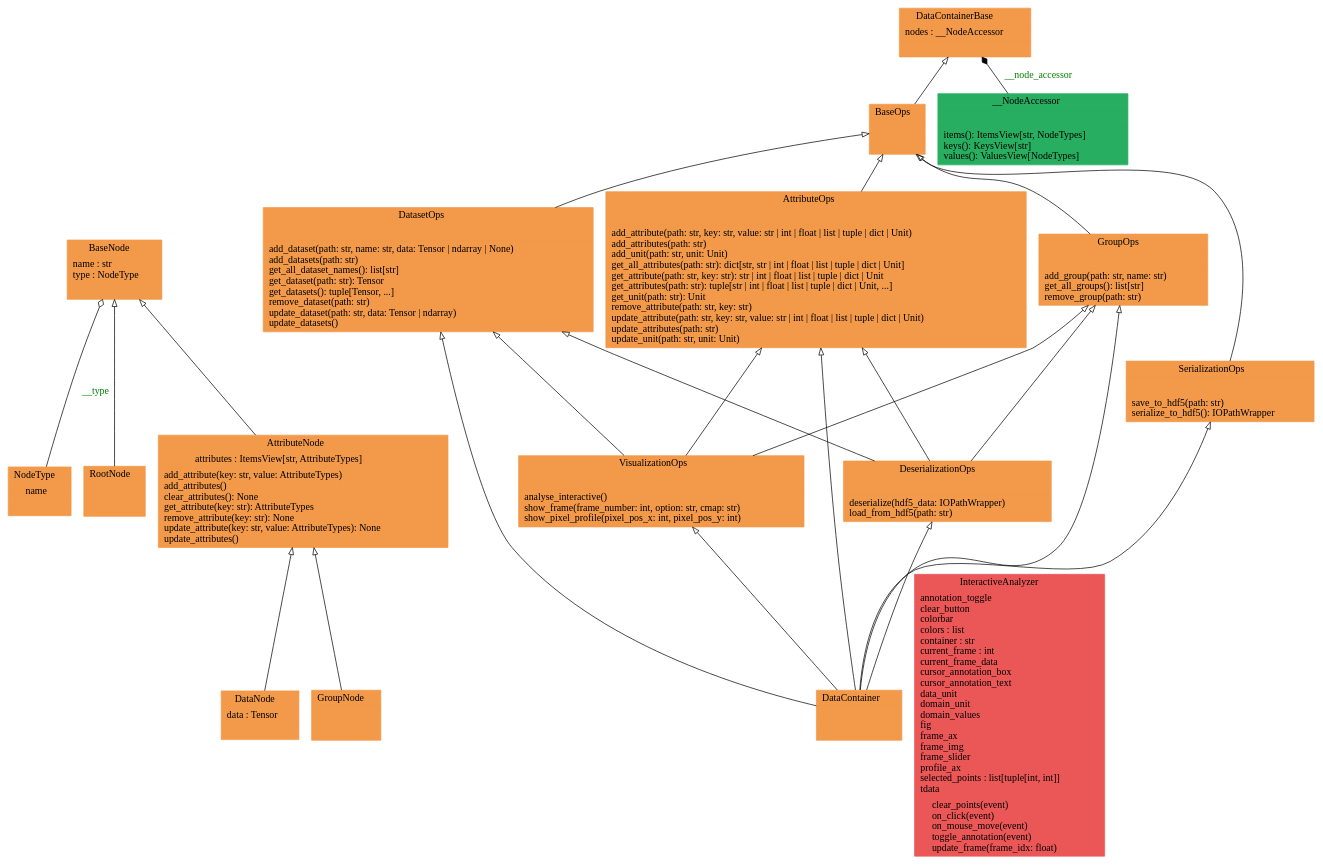
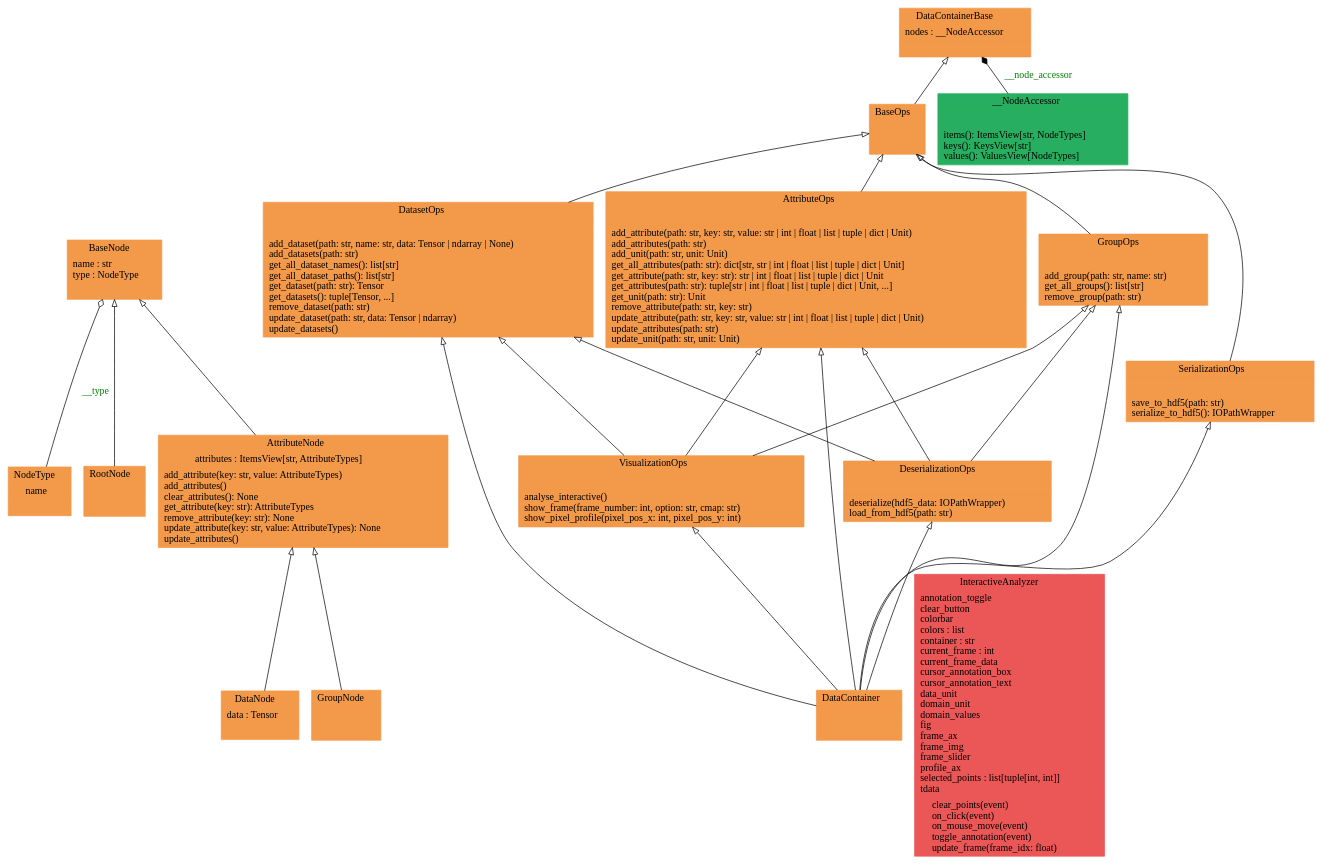
Before and after one commit to voidsy-gmbh/pyThermoNDT: the diagram in docs/pyreverse/graphviz/classes_pythermondt.data.datacontainer.gv, drawn with Graphviz. The commit also changed 18 other files, not shown here.

```diff
--- a/docs/pyreverse/graphviz/classes_pythermondt.data.datacontainer.gv
+++ b/docs/pyreverse/graphviz/classes_pythermondt.data.datacontainer.gv
@@ -1,44 +1,44 @@
 digraph "classes_pythermondt.data.datacontainer" {
 rankdir=BT
 charset="utf-8"
 "pythermondt.data.datacontainer.node.AttributeNode" [color="#F2994A", fontcolor="black", label=<{AttributeNode|attributes : ItemsView[str, AttributeTypes]<br ALIGN="LEFT"/>|add_attribute(key: str, value: AttributeTypes)<br ALIGN="LEFT"/>add_attributes()<br ALIGN="LEFT"/>clear_attributes(): None<br ALIGN="LEFT"/>get_attribute(key: str): AttributeTypes<br ALIGN="LEFT"/>remove_attribute(key: str): None<br ALIGN="LEFT"/>update_attribute(key: str, value: AttributeTypes): None<br ALIGN="LEFT"/>update_attributes()<br ALIGN="LEFT"/>}>, shape="record", style="filled"];
 "pythermondt.data.datacontainer.attribute_ops.AttributeOps" [color="#F2994A", fontcolor="black", label=<{AttributeOps|<br ALIGN="LEFT"/>|add_attribute(path: str, key: str, value: str \| int \| float \| list \| tuple \| dict \| Unit)<br ALIGN="LEFT"/>add_attributes(path: str)<br ALIGN="LEFT"/>add_unit(path: str, unit: Unit)<br ALIGN="LEFT"/>get_all_attributes(path: str): dict[str, str \| int \| float \| list \| tuple \| dict \| Unit]<br ALIGN="LEFT"/>get_attribute(path: str, key: str): str \| int \| float \| list \| tuple \| dict \| Unit<br ALIGN="LEFT"/>get_attributes(path: str): tuple[str \| int \| float \| list \| tuple \| dict \| Unit, ...]<br ALIGN="LEFT"/>get_unit(path: str): Unit<br ALIGN="LEFT"/>remove_attribute(path: str, key: str)<br ALIGN="LEFT"/>update_attribute(path: str, key: str, value: str \| int \| float \| list \| tuple \| dict \| Unit)<br ALIGN="LEFT"/>update_attributes(path: str)<br ALIGN="LEFT"/>update_unit(path: str, unit: Unit)<br ALIGN="LEFT"/>}>, shape="record", style="filled"];
 "pythermondt.data.datacontainer.node.BaseNode" [color="#F2994A", fontcolor="black", label=<{BaseNode|name : str<br ALIGN="LEFT"/>type : NodeType<br ALIGN="LEFT"/>|}>, shape="record", style="filled"];
 "pythermondt.data.datacontainer.base.BaseOps" [color="#F2994A", fontcolor="black", label=<{BaseOps|<br ALIGN="LEFT"/>|}>, shape="record", style="filled"];
 "pythermondt.data.datacontainer.core.DataContainer" [color="#F2994A", fontcolor="black", label=<{DataContainer|<br ALIGN="LEFT"/>|}>, shape="record", style="filled"];
 "pythermondt.data.datacontainer.base.DataContainerBase" [color="#F2994A", fontcolor="black", label=<{DataContainerBase|nodes : __NodeAccessor<br ALIGN="LEFT"/>|}>, shape="record", style="filled"];
 "pythermondt.data.datacontainer.node.DataNode" [color="#F2994A", fontcolor="black", label=<{DataNode|data : Tensor<br ALIGN="LEFT"/>|}>, shape="record", style="filled"];
-"pythermondt.data.datacontainer.dataset_ops.DatasetOps" [color="#F2994A", fontcolor="black", label=<{DatasetOps|<br ALIGN="LEFT"/>|add_dataset(path: str, name: str, data: Tensor \| ndarray \| None)<br ALIGN="LEFT"/>add_datasets(path: str)<br ALIGN="LEFT"/>get_all_dataset_names(): list[str]<br ALIGN="LEFT"/>get_dataset(path: str): Tensor<br ALIGN="LEFT"/>get_datasets(): tuple[Tensor, ...]<br ALIGN="LEFT"/>remove_dataset(path: str)<br ALIGN="LEFT"/>update_dataset(path: str, data: Tensor \| ndarray)<br ALIGN="LEFT"/>update_datasets()<br ALIGN="LEFT"/>}>, shape="record", style="filled"];
+"pythermondt.data.datacontainer.dataset_ops.DatasetOps" [color="#F2994A", fontcolor="black", label=<{DatasetOps|<br ALIGN="LEFT"/>|add_dataset(path: str, name: str, data: Tensor \| ndarray \| None)<br ALIGN="LEFT"/>add_datasets(path: str)<br ALIGN="LEFT"/>get_all_dataset_names(): list[str]<br ALIGN="LEFT"/>get_all_dataset_paths(): list[str]<br ALIGN="LEFT"/>get_dataset(path: str): Tensor<br ALIGN="LEFT"/>get_datasets(): tuple[Tensor, ...]<br ALIGN="LEFT"/>remove_dataset(path: str)<br ALIGN="LEFT"/>update_dataset(path: str, data: Tensor \| ndarray)<br ALIGN="LEFT"/>update_datasets()<br ALIGN="LEFT"/>}>, shape="record", style="filled"];
 "pythermondt.data.datacontainer.serialization_ops.DeserializationOps" [color="#F2994A", fontcolor="black", label=<{DeserializationOps|<br ALIGN="LEFT"/>|deserialize(hdf5_data: IOPathWrapper)<br ALIGN="LEFT"/>load_from_hdf5(path: str)<br ALIGN="LEFT"/>}>, shape="record", style="filled"];
 "pythermondt.data.datacontainer.node.GroupNode" [color="#F2994A", fontcolor="black", label=<{GroupNode|<br ALIGN="LEFT"/>|}>, shape="record", style="filled"];
 "pythermondt.data.datacontainer.group_ops.GroupOps" [color="#F2994A", fontcolor="black", label=<{GroupOps|<br ALIGN="LEFT"/>|add_group(path: str, name: str)<br ALIGN="LEFT"/>get_all_groups(): list[str]<br ALIGN="LEFT"/>remove_group(path: str)<br ALIGN="LEFT"/>}>, shape="record", style="filled"];
 "pythermondt.data.datacontainer.visualization_ops.VisualizationOps.InteractiveAnalyzer" [color="#EB5757", fontcolor="black", label=<{InteractiveAnalyzer|annotation_toggle<br ALIGN="LEFT"/>clear_button<br ALIGN="LEFT"/>colorbar<br ALIGN="LEFT"/>colors : list<br ALIGN="LEFT"/>container : str<br ALIGN="LEFT"/>current_frame : int<br ALIGN="LEFT"/>current_frame_data<br ALIGN="LEFT"/>cursor_annotation_box<br ALIGN="LEFT"/>cursor_annotation_text<br ALIGN="LEFT"/>data_unit<br ALIGN="LEFT"/>domain_unit<br ALIGN="LEFT"/>domain_values<br ALIGN="LEFT"/>fig<br ALIGN="LEFT"/>frame_ax<br ALIGN="LEFT"/>frame_img<br ALIGN="LEFT"/>frame_slider<br ALIGN="LEFT"/>profile_ax<br ALIGN="LEFT"/>selected_points : list[tuple[int, int]]<br ALIGN="LEFT"/>tdata<br ALIGN="LEFT"/>|clear_points(event)<br ALIGN="LEFT"/>on_click(event)<br ALIGN="LEFT"/>on_mouse_move(event)<br ALIGN="LEFT"/>toggle_annotation(event)<br ALIGN="LEFT"/>update_frame(frame_idx: float)<br ALIGN="LEFT"/>}>, shape="record", style="filled"];
 "pythermondt.data.datacontainer.node.NodeType" [color="#F2994A", fontcolor="black", label=<{NodeType|name<br ALIGN="LEFT"/>|}>, shape="record", style="filled"];
 "pythermondt.data.datacontainer.node.RootNode" [color="#F2994A", fontcolor="black", label=<{RootNode|<br ALIGN="LEFT"/>|}>, shape="record", style="filled"];
 "pythermondt.data.datacontainer.serialization_ops.SerializationOps" [color="#F2994A", fontcolor="black", label=<{SerializationOps|<br ALIGN="LEFT"/>|save_to_hdf5(path: str)<br ALIGN="LEFT"/>serialize_to_hdf5(): IOPathWrapper<br ALIGN="LEFT"/>}>, shape="record", style="filled"];
 "pythermondt.data.datacontainer.visualization_ops.VisualizationOps" [color="#F2994A", fontcolor="black", label=<{VisualizationOps|<br ALIGN="LEFT"/>|analyse_interactive()<br ALIGN="LEFT"/>show_frame(frame_number: int, option: str, cmap: str)<br ALIGN="LEFT"/>show_pixel_profile(pixel_pos_x: int, pixel_pos_y: int)<br ALIGN="LEFT"/>}>, shape="record", style="filled"];
 "pythermondt.data.datacontainer.base.DataContainerBase.__NodeAccessor" [color="#27AE60", fontcolor="black", label=<{__NodeAccessor|<br ALIGN="LEFT"/>|items(): ItemsView[str, NodeTypes]<br ALIGN="LEFT"/>keys(): KeysView[str]<br ALIGN="LEFT"/>values(): ValuesView[NodeTypes]<br ALIGN="LEFT"/>}>, shape="record", style="filled"];
 "pythermondt.data.datacontainer.attribute_ops.AttributeOps" -> "pythermondt.data.datacontainer.base.BaseOps" [arrowhead="empty", arrowtail="none"];
 "pythermondt.data.datacontainer.base.BaseOps" -> "pythermondt.data.datacontainer.base.DataContainerBase" [arrowhead="empty", arrowtail="none"];
 "pythermondt.data.datacontainer.core.DataContainer" -> "pythermondt.data.datacontainer.attribute_ops.AttributeOps" [arrowhead="empty", arrowtail="none"];
 "pythermondt.data.datacontainer.core.DataContainer" -> "pythermondt.data.datacontainer.dataset_ops.DatasetOps" [arrowhead="empty", arrowtail="none"];
 "pythermondt.data.datacontainer.core.DataContainer" -> "pythermondt.data.datacontainer.group_ops.GroupOps" [arrowhead="empty", arrowtail="none"];
 "pythermondt.data.datacontainer.core.DataContainer" -> "pythermondt.data.datacontainer.serialization_ops.DeserializationOps" [arrowhead="empty", arrowtail="none"];
 "pythermondt.data.datacontainer.core.DataContainer" -> "pythermondt.data.datacontainer.serialization_ops.SerializationOps" [arrowhead="empty", arrowtail="none"];
 "pythermondt.data.datacontainer.core.DataContainer" -> "pythermondt.data.datacontainer.visualization_ops.VisualizationOps" [arrowhead="empty", arrowtail="none"];
 "pythermondt.data.datacontainer.dataset_ops.DatasetOps" -> "pythermondt.data.datacontainer.base.BaseOps" [arrowhead="empty", arrowtail="none"];
 "pythermondt.data.datacontainer.group_ops.GroupOps" -> "pythermondt.data.datacontainer.base.BaseOps" [arrowhead="empty", arrowtail="none"];
 "pythermondt.data.datacontainer.node.AttributeNode" -> "pythermondt.data.datacontainer.node.BaseNode" [arrowhead="empty", arrowtail="none"];
 "pythermondt.data.datacontainer.node.DataNode" -> "pythermondt.data.datacontainer.node.AttributeNode" [arrowhead="empty", arrowtail="none"];
 "pythermondt.data.datacontainer.node.GroupNode" -> "pythermondt.data.datacontainer.node.AttributeNode" [arrowhead="empty", arrowtail="none"];
 "pythermondt.data.datacontainer.node.RootNode" -> "pythermondt.data.datacontainer.node.BaseNode" [arrowhead="empty", arrowtail="none"];
 "pythermondt.data.datacontainer.serialization_ops.DeserializationOps" -> "pythermondt.data.datacontainer.attribute_ops.AttributeOps" [arrowhead="empty", arrowtail="none"];
 "pythermondt.data.datacontainer.serialization_ops.DeserializationOps" -> "pythermondt.data.datacontainer.dataset_ops.DatasetOps" [arrowhead="empty", arrowtail="none"];
 "pythermondt.data.datacontainer.serialization_ops.DeserializationOps" -> "pythermondt.data.datacontainer.group_ops.GroupOps" [arrowhead="empty", arrowtail="none"];
 "pythermondt.data.datacontainer.serialization_ops.SerializationOps" -> "pythermondt.data.datacontainer.base.BaseOps" [arrowhead="empty", arrowtail="none"];
 "pythermondt.data.datacontainer.visualization_ops.VisualizationOps" -> "pythermondt.data.datacontainer.attribute_ops.AttributeOps" [arrowhead="empty", arrowtail="none"];
 "pythermondt.data.datacontainer.visualization_ops.VisualizationOps" -> "pythermondt.data.datacontainer.dataset_ops.DatasetOps" [arrowhead="empty", arrowtail="none"];
 "pythermondt.data.datacontainer.visualization_ops.VisualizationOps" -> "pythermondt.data.datacontainer.group_ops.GroupOps" [arrowhead="empty", arrowtail="none"];
 "pythermondt.data.datacontainer.base.DataContainerBase.__NodeAccessor" -> "pythermondt.data.datacontainer.base.DataContainerBase" [arrowhead="diamond", arrowtail="none", fontcolor="green", label="__node_accessor", style="solid"];
 "pythermondt.data.datacontainer.node.NodeType" -> "pythermondt.data.datacontainer.node.BaseNode" [arrowhead="odiamond", arrowtail="none", fontcolor="green", label="__type", style="solid"];
 }
```
